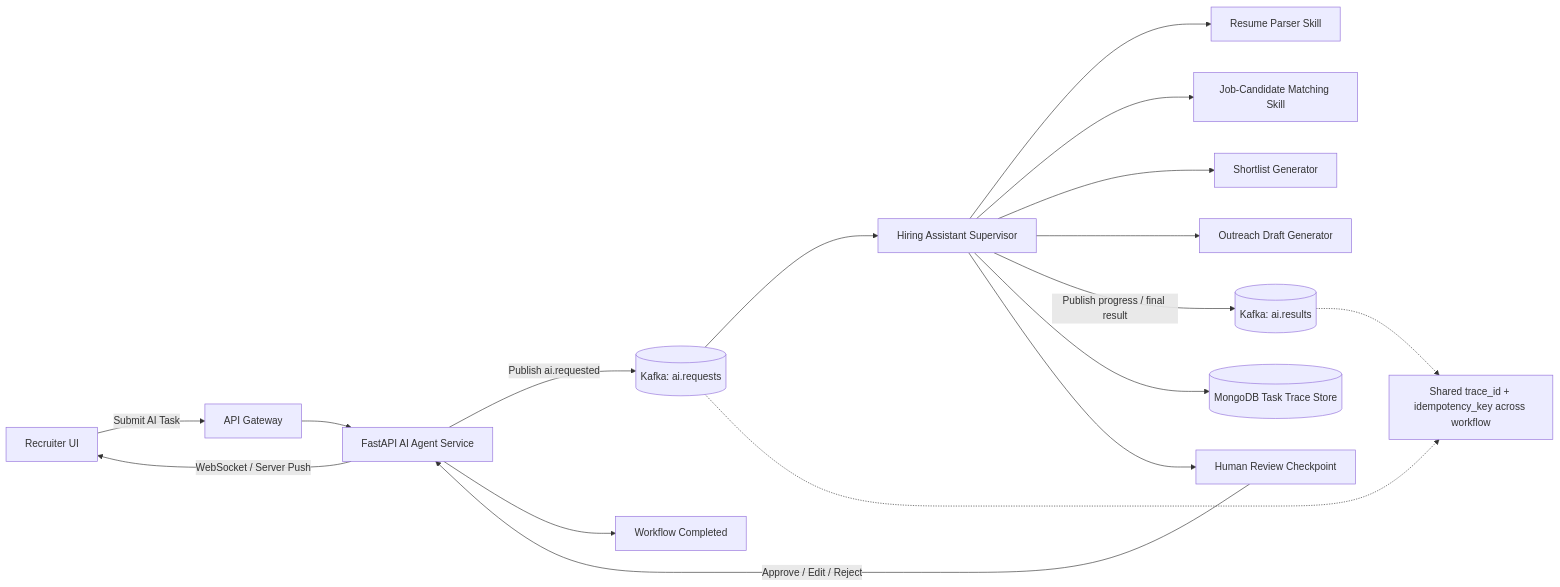
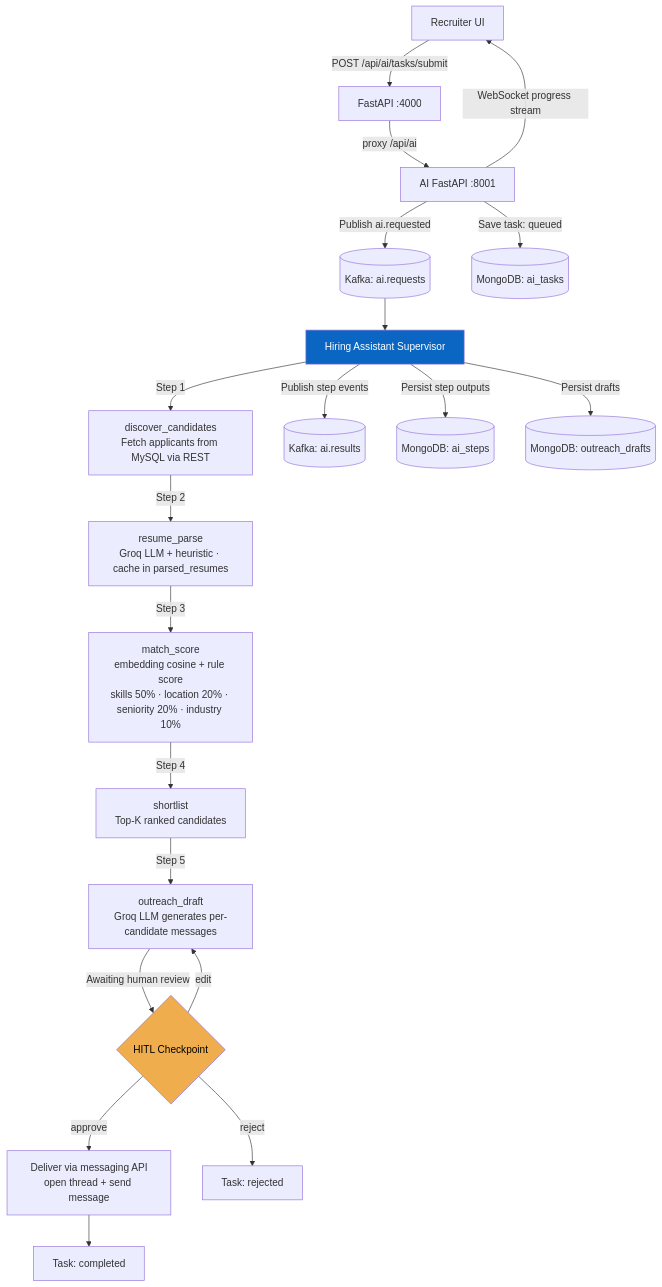
The second of 2 diagrams in README.md (snehas-SJSU/DS_Project_236), drawn with Mermaid before and after one commit. The commit also changed other lines of this file, not shown here.

````diff
--- a/README.md
+++ b/README.md
@@ -317,25 +92,30 @@
 ```mermaid
-flowchart LR
-  UI[Recruiter UI] -->|Submit AI Task| GW[API Gateway]
-  GW --> AI[FastAPI AI Agent Service]
+flowchart TD
+    RecruiterUI[Recruiter UI] -->|POST /api/ai/tasks/submit| CoreAPI[FastAPI :4000]
+    CoreAPI -->|proxy /api/ai| AIAPI[AI FastAPI :8001]
 
-  AI -->|Publish ai.requested| KReq[(Kafka: ai.requests)]
-  KReq --> SUP[Hiring Assistant Supervisor]
+    AIAPI -->|Publish ai.requested| KReq[(Kafka: ai.requests)]
+    AIAPI -->|Save task: queued| MongoDB[(MongoDB: ai_tasks)]
+    AIAPI -->|WebSocket progress stream| RecruiterUI
 
-  SUP --> RP[Resume Parser Skill]
-  SUP --> MS[Job-Candidate Matching Skill]
-  SUP --> SL[Shortlist Generator]
-  SUP --> OD[Outreach Draft Generator]
+    KReq --> SUP[Hiring Assistant Supervisor]
 
-  SUP -->|Publish progress / final result| KRes[(Kafka: ai.results)]
-  SUP --> OBS[(MongoDB Task Trace Store)]
+    SUP -->|Step 1| D[discover_candidates\nFetch applicants from MySQL via REST]
+    D -->|Step 2| RP[resume_parse\nGroq LLM + heuristic · cache in parsed_resumes]
+    RP -->|Step 3| MS[match_score\nembedding cosine + rule score\nskills 50% · location 20% · seniority 20% · industry 10%]
+    MS -->|Step 4| SL[shortlist\nTop-K ranked candidates]
+    SL -->|Step 5| OD[outreach_draft\nGroq LLM generates per-candidate messages]
 
-  AI -->|WebSocket / Server Push| UI
-  SUP --> REV[Human Review Checkpoint]
-  REV -->|Approve / Edit / Reject| AI
-  AI --> DONE[Workflow Completed]
+    OD -->|Awaiting human review| HITL{HITL Checkpoint}
+    HITL -->|approve| SEND[Deliver via messaging API\nopen thread + send message]
+    HITL -->|edit| OD
+    HITL -->|reject| DONE[Task: rejected]
+    SEND --> DONE2[Task: completed]
 
-  N1[Shared trace_id + idempotency_key across workflow]
-  KReq -.-> N1
-  KRes -.-> N1
+    SUP -->|Publish step events| KRes[(Kafka: ai.results)]
+    SUP -->|Persist step outputs| Steps[(MongoDB: ai_steps)]
+    SUP -->|Persist drafts| Drafts[(MongoDB: outreach_drafts)]
+
+    style HITL fill:#f0ad4e,color:#000
+    style SUP fill:#0a66c2,color:#fff
 ```
````
